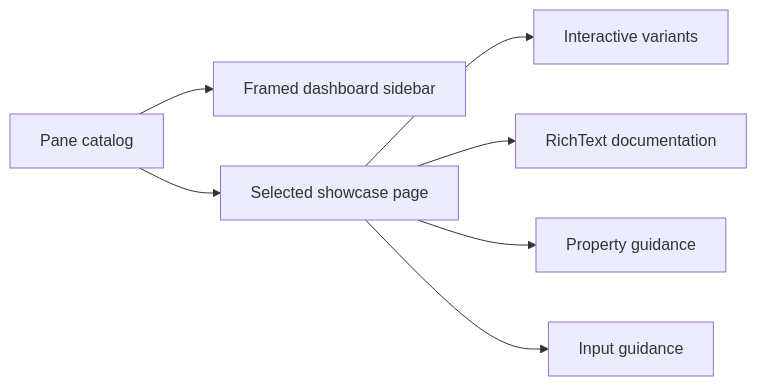
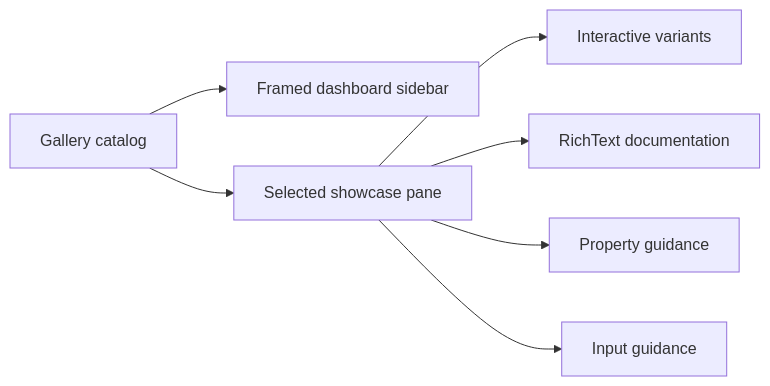
The diagram in docs/architecture/showcase.md (pavkam/sharp-vision), drawn with Mermaid before and after one commit. The commit also changed other lines of this file and 368 other files, not shown here.

````diff
--- a/docs/architecture/showcase.md
+++ b/docs/architecture/showcase.md
@@ -8,9 +8,9 @@
 ```mermaid
 flowchart LR
-    PaneCatalog["Pane catalog"] --> Sidebar["Framed dashboard sidebar"]
-    PaneCatalog --> Page["Selected showcase page"]
+    Gallery["Gallery catalog"] --> Sidebar["Framed dashboard sidebar"]
+    Gallery --> Page["Selected showcase pane"]
     Page --> Variants["Interactive variants"]
     Page --> RichText["RichText documentation"]
     Page --> Properties["Property guidance"]
     Page --> Interaction["Input guidance"]
 ```
````
